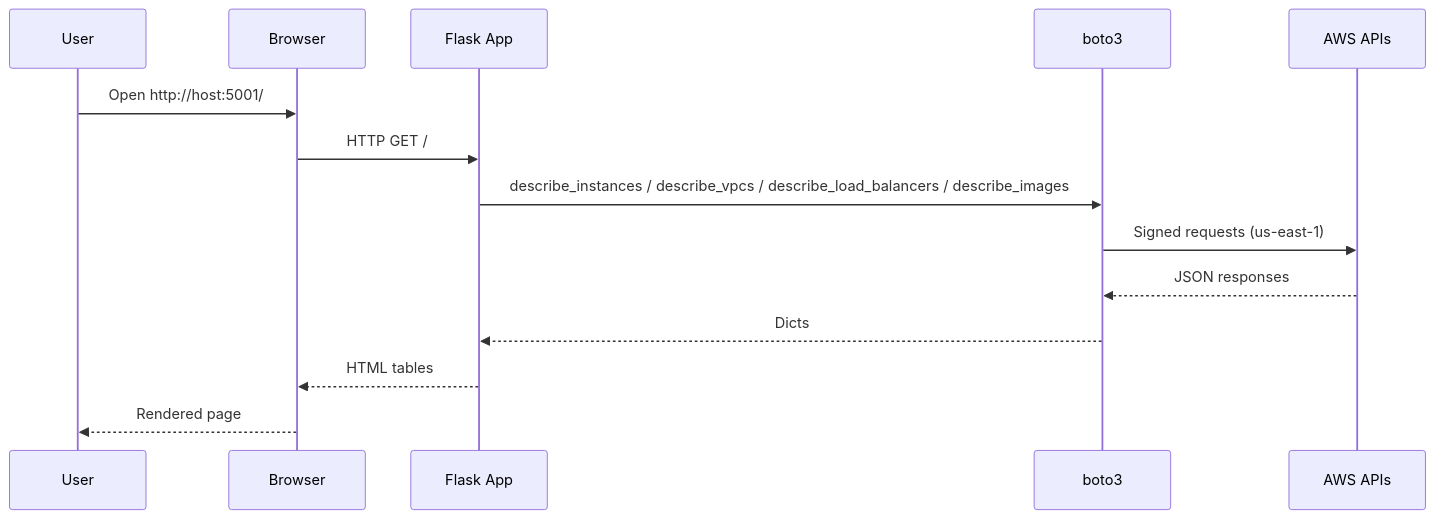
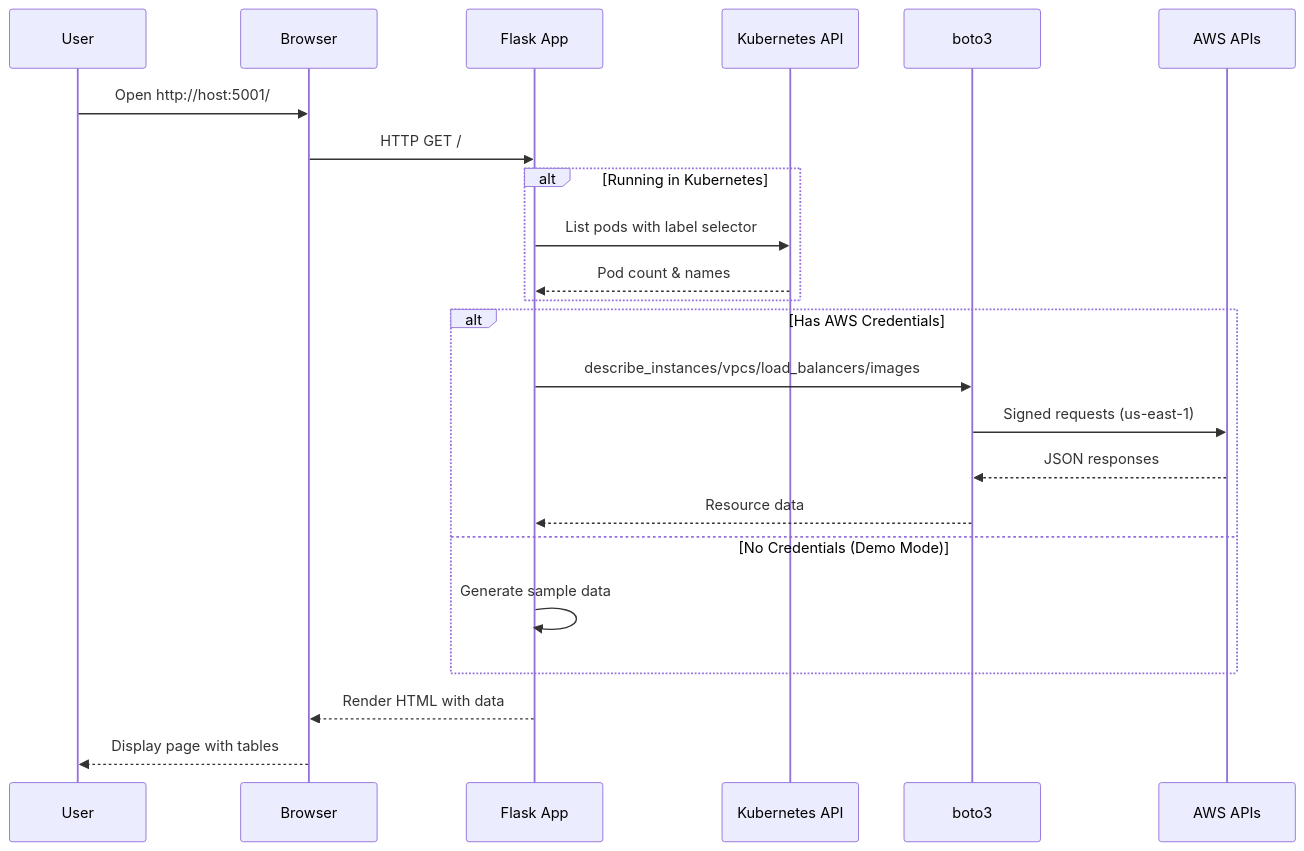
One commit to githuber20202/JB-PROJECT changed the first of 3 diagrams in Readme.md. Above: the diagram before and after it, drawn with Mermaid. The commit also changed other lines of this file and 4 other files, not shown here.

````diff
--- a/Readme.md
+++ b/Readme.md
@@ -284,17 +505,29 @@
 ```mermaid
 sequenceDiagram
     participant U as User
     participant B as Browser
     participant F as Flask App
+    participant K as Kubernetes API
     participant B3 as boto3
     participant AWS as AWS APIs
 
     U->>B: Open http://host:5001/
     B->>F: HTTP GET /
-    F->>B3: describe_instances / describe_vpcs / describe_load_balancers / describe_images
-    B3->>AWS: Signed requests (us-east-1)
-    AWS-->>B3: JSON responses
-    B3-->>F: Dicts
-    F-->>B: HTML tables
-    B-->>U: Rendered page
+    
+    alt Running in Kubernetes
+        F->>K: List pods with label selector
+        K-->>F: Pod count & names
+    end
+    
+    alt Has AWS Credentials
+        F->>B3: describe_instances/vpcs/load_balancers/images
+        B3->>AWS: Signed requests (us-east-1)
+        AWS-->>B3: JSON responses
+        B3-->>F: Resource data
+    else No Credentials (Demo Mode)
+        F->>F: Generate sample data
+    end
+    
+    F-->>B: Render HTML with data
+    B-->>U: Display page with tables
 ```
````
